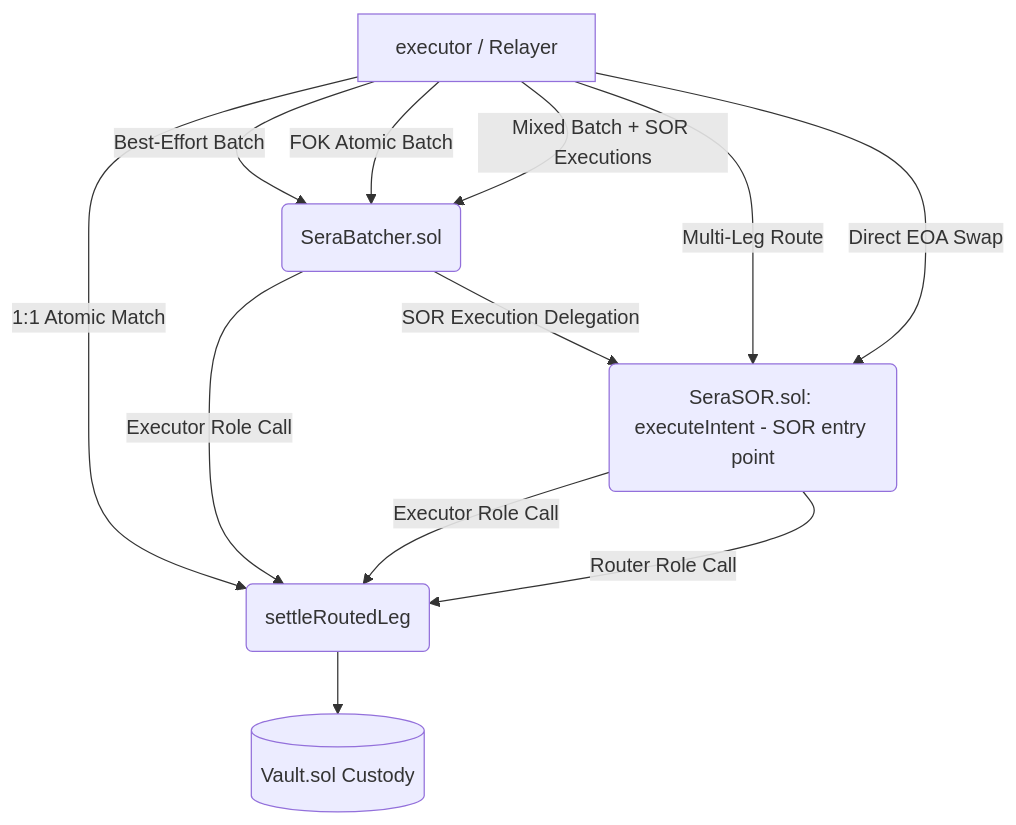
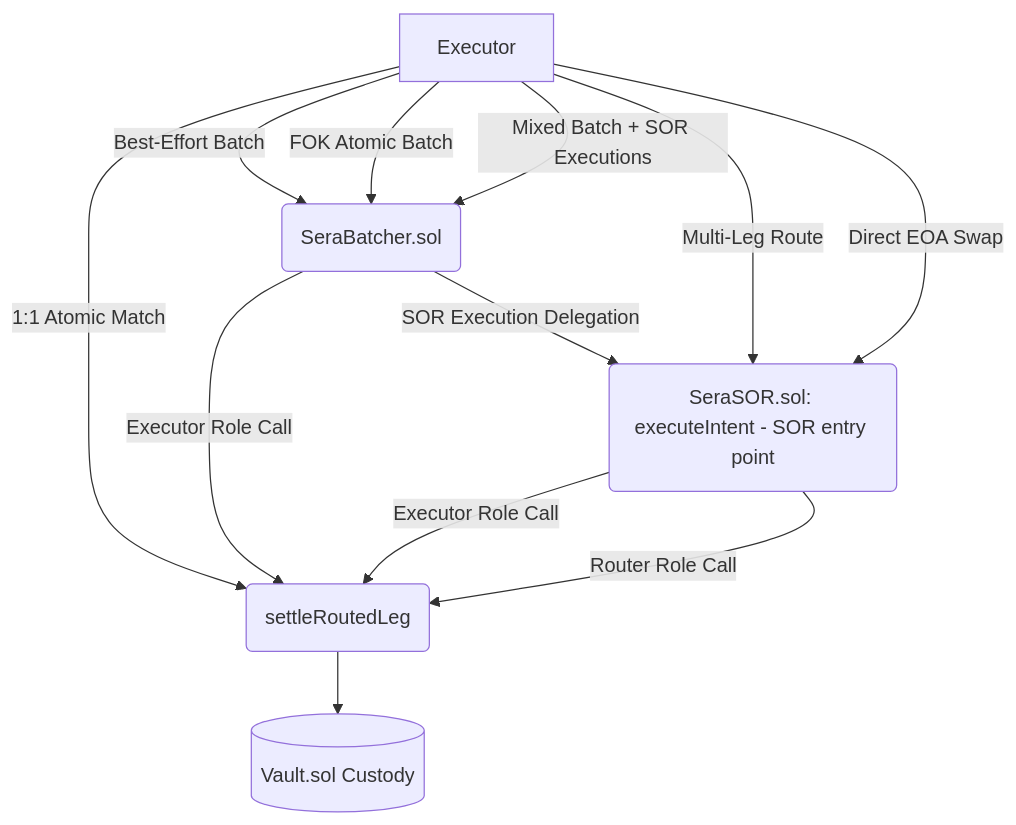
Before and after one commit to mashharuki/orderbook-contract-v2: the second of 2 diagrams in readme/architecture.md, drawn with Mermaid. The commit also changed other lines of this file and 4 other files, not shown here.

````diff
--- a/readme/architecture.md
+++ b/readme/architecture.md
@@ -31,16 +29,16 @@
 ```mermaid
 graph TD
-    API[executor / Relayer] -->|1:1 Atomic Match| Sera(Sera.sol Engine)
-    API -->|Best-Effort Batch| SeraBatcher(SeraBatcher.sol)
-    API -->|FOK Atomic Batch| SeraBatcher
-    API -->|Mixed Batch + SOR Executions| SeraBatcher
-    API -->|Multi-Leg Route| SeraSOR(SeraSOR.sol)
-    API -->|Direct EOA Swap| SeraSOR(SeraSOR.sol: executeIntent - SOR entry point)
+    Executor[Executor] -->|1:1 Atomic Match| Sera(Sera.sol Engine)
+    Executor -->|Best-Effort Batch| SeraBatcher(SeraBatcher.sol)
+    Executor -->|FOK Atomic Batch| SeraBatcher
+    Executor -->|Mixed Batch + SOR Executions| SeraBatcher
+    Executor -->|Multi-Leg Route| SeraSOR(SeraSOR.sol)
+    Executor -->|Direct EOA Swap| SeraSOR(SeraSOR.sol: executeIntent - SOR entry point)
 
     SeraBatcher -->|Executor Role Call| Sera
     SeraBatcher -->|SOR Execution Delegation| SeraSOR
     SeraSOR -->|Executor Role Call| Sera
     SeraSOR -->|Router Role Call| Sera(settleRoutedLeg)
 
     Sera --> Vault[(Vault.sol Custody)]
 ```
````
